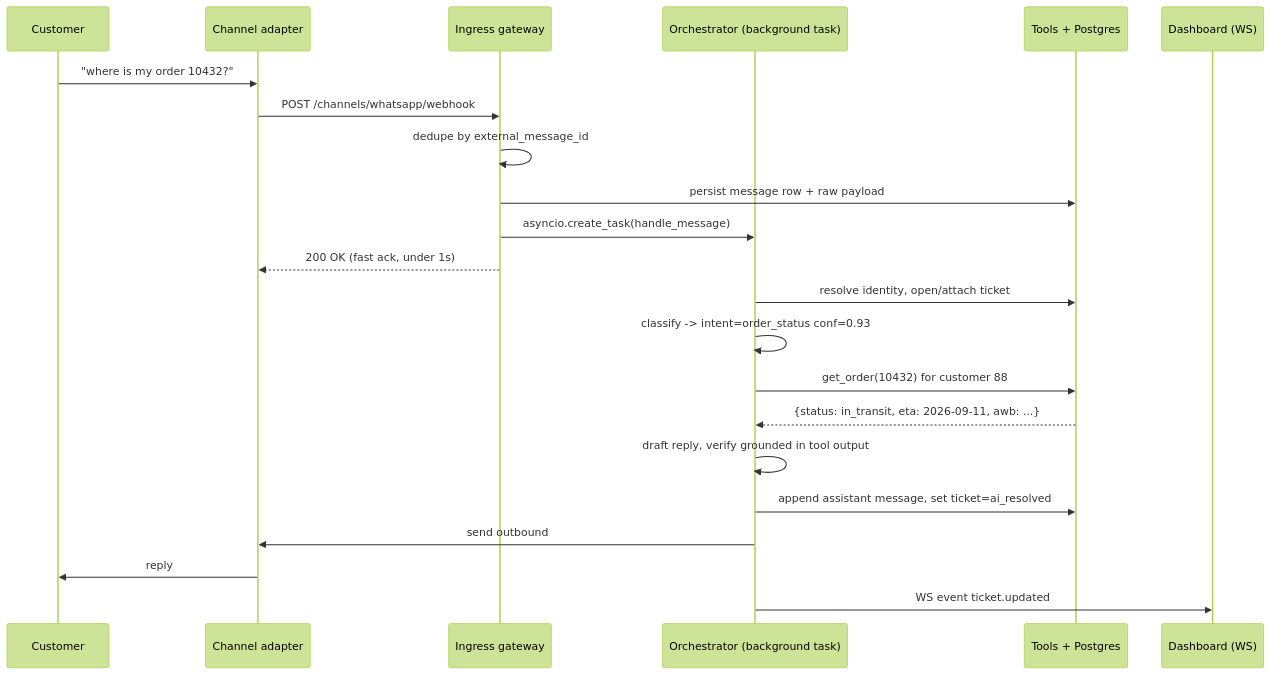
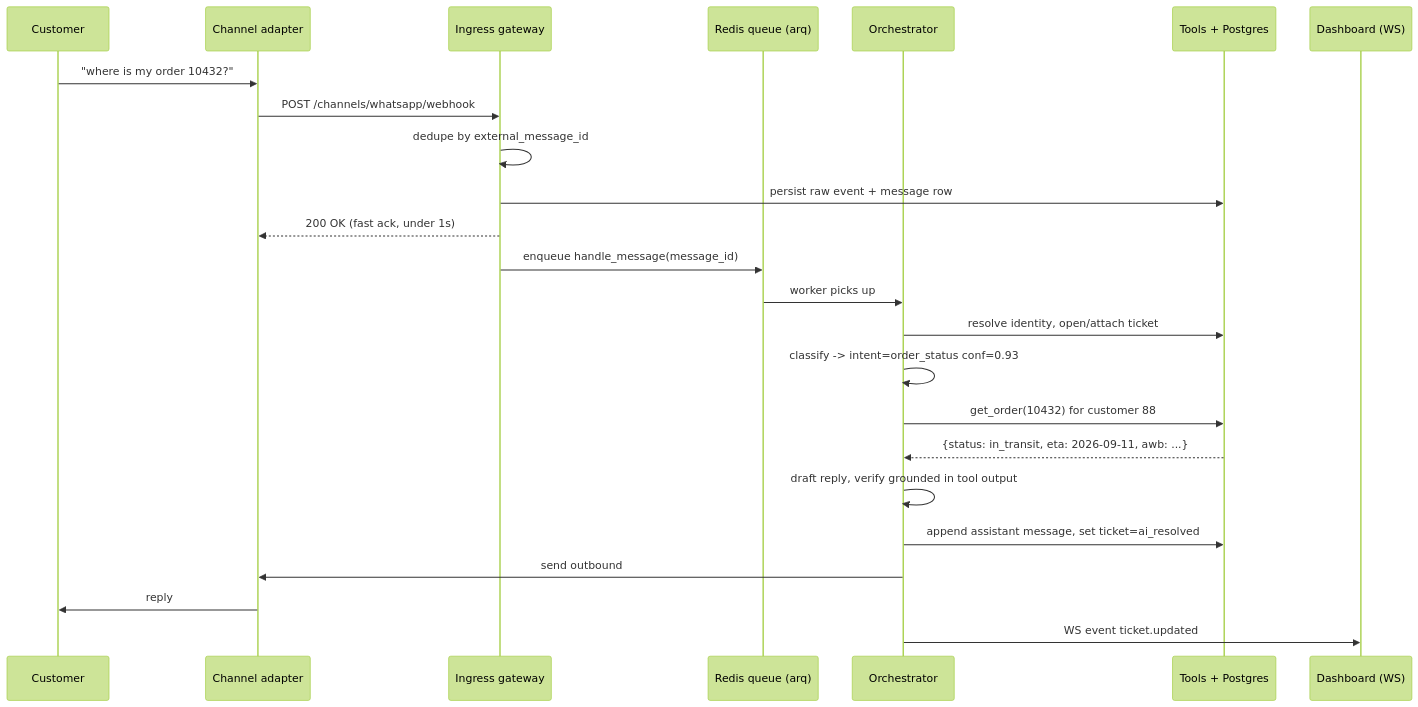
The second of 3 diagrams in docs/01-architecture.md (Sarcastic-Soul/agentic-customer-support-ticket-system), drawn with Mermaid (forest theme) before and after one commit. The commit also changed other lines of this file and 11 other files, not shown here.

````diff
--- a/docs/01-architecture.md
+++ b/docs/01-architecture.md
@@ -104,25 +108,27 @@
 ```mermaid
 sequenceDiagram
     participant C as Customer
     participant A as Channel adapter
     participant G as Ingress gateway
-    participant O as Orchestrator (background task)
+    participant Q as Redis queue (arq)
+    participant O as Orchestrator
     participant T as Tools + Postgres
     participant D as Dashboard (WS)
 
     C->>A: "where is my order 10432?"
     A->>G: POST /channels/whatsapp/webhook
     G->>G: dedupe by external_message_id
-    G->>T: persist message row + raw payload
-    G->>O: asyncio.create_task(handle_message)
+    G->>T: persist raw event + message row
     G-->>A: 200 OK (fast ack, under 1s)
+    G->>Q: enqueue handle_message(message_id)
+    Q->>O: worker picks up
     O->>T: resolve identity, open/attach ticket
     O->>O: classify -> intent=order_status conf=0.93
     O->>T: get_order(10432) for customer 88
     T-->>O: {status: in_transit, eta: 2026-09-11, awb: ...}
     O->>O: draft reply, verify grounded in tool output
     O->>T: append assistant message, set ticket=ai_resolved
     O->>A: send outbound
     A->>C: reply
     O->>D: WS event ticket.updated
 ```
````
